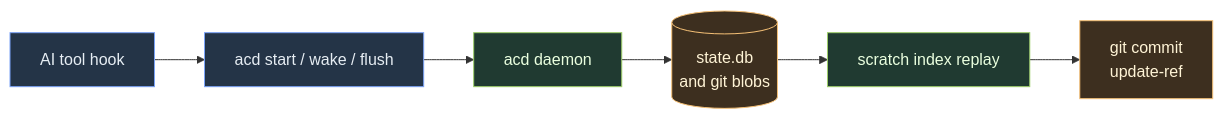
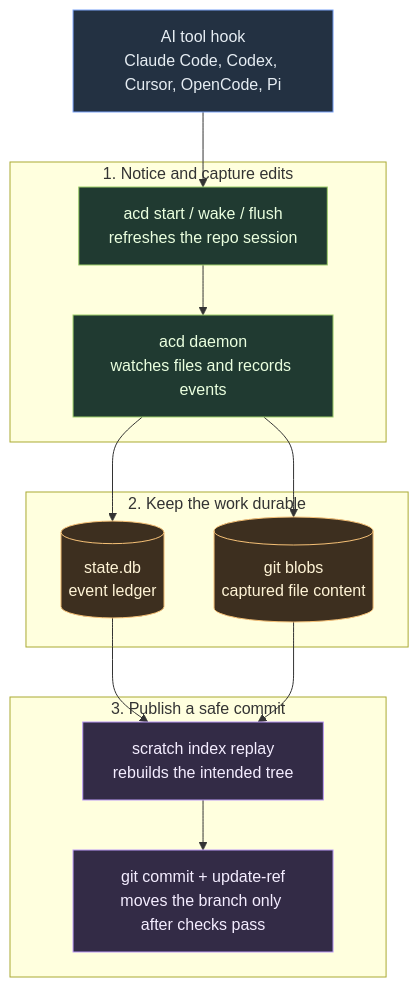
Before and after one commit to KristjanPikhof/Auto-Commit-Daemon: the diagram in README.md, drawn with Mermaid. The commit also changed other lines of this file, not shown here.

Commit message:
Clarify README daemon flow
- Replace the clipped horizontal diagram with a vertical flow

- Explain capture, durable state, and replay in human terms

```diff
--- a/README.md
+++ b/README.md
@@ -7,15 +10,34 @@
 ~~~mermaid
-flowchart LR
-  Tool["AI tool hook"] --> CLI["acd start / wake / flush"]
-  CLI --> Daemon["acd daemon"]
-  Daemon --> Store[("state.db<br/>and git blobs")]
-  Store --> Replay["scratch index replay"]
-  Replay --> Commit["git commit<br/>update-ref"]
+flowchart TB
+  Hook["AI tool hook<br/>Claude Code, Codex, Cursor, OpenCode, Pi"]
 
-  classDef hook fill:#243447,stroke:#7aa2f7,color:#e6edf3
-  classDef daemon fill:#203a31,stroke:#9ece6a,color:#eaffdf
-  classDef store fill:#3d2f1f,stroke:#f6c177,color:#fff4d6
-  class Tool,CLI hook
-  class Daemon,Replay daemon
-  class Store,Commit store
+  subgraph Capture["1. Notice and capture edits"]
+    CLI["acd start / wake / flush<br/>refreshes the repo session"]
+    Daemon["acd daemon<br/>watches files and records events"]
+  end
+
+  subgraph State["2. Keep the work durable"]
+    DB[("state.db<br/>event ledger")]
+    Blobs[("git blobs<br/>captured file content")]
+  end
+
+  subgraph Replay["3. Publish a safe commit"]
+    Scratch["scratch index replay<br/>rebuilds the intended tree"]
+    Commit["git commit + update-ref<br/>moves the branch only after checks pass"]
+  end
+
+  Hook --> CLI --> Daemon --> DB
+  Daemon --> Blobs
+  DB --> Scratch
+  Blobs --> Scratch
+  Scratch --> Commit
+
+  classDef external fill:#233142,stroke:#7aa2f7,color:#e6edf3
+  classDef capture fill:#203a31,stroke:#9ece6a,color:#eaffdf
+  classDef durable fill:#3d2f1f,stroke:#f6c177,color:#fff4d6
+  classDef publish fill:#332b46,stroke:#bb9af7,color:#f4edff
+  class Hook external
+  class CLI,Daemon capture
+  class DB,Blobs durable
+  class Scratch,Commit publish
 ~~~
```
